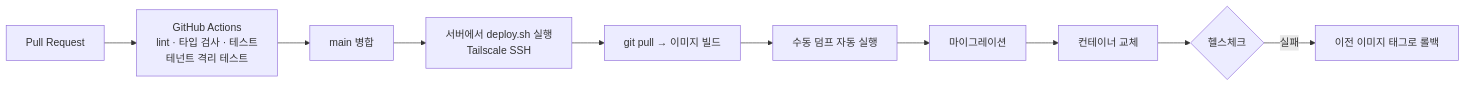
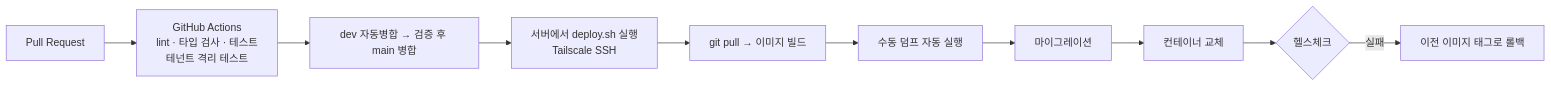
Before and after one commit to 4mcorp/fmERP: the second of 2 diagrams in docs/DEPLOYMENT_PLAN.md, drawn with Mermaid.

Commit message:
docs(infra): 배포 절차에 dev→main 흐름 반영

````diff
--- a/docs/DEPLOYMENT_PLAN.md
+++ b/docs/DEPLOYMENT_PLAN.md
@@ -306,12 +306,12 @@
 ```mermaid
 flowchart LR
     PR[Pull Request] --> CI[GitHub Actions<br/>lint · 타입 검사 · 테스트<br/>테넌트 격리 테스트]
-    CI --> M[main 병합]
+    CI --> M[dev 자동병합 → 검증 후 main 병합]
     M --> D[서버에서 deploy.sh 실행<br/>Tailscale SSH]
     D --> S1[git pull → 이미지 빌드]
     S1 --> S2[수동 덤프 자동 실행]
     S2 --> S3[마이그레이션]
     S3 --> S4[컨테이너 교체]
     S4 --> S5{헬스체크}
     S5 -- 실패 --> RB[이전 이미지 태그로 롤백]
 ```
````
